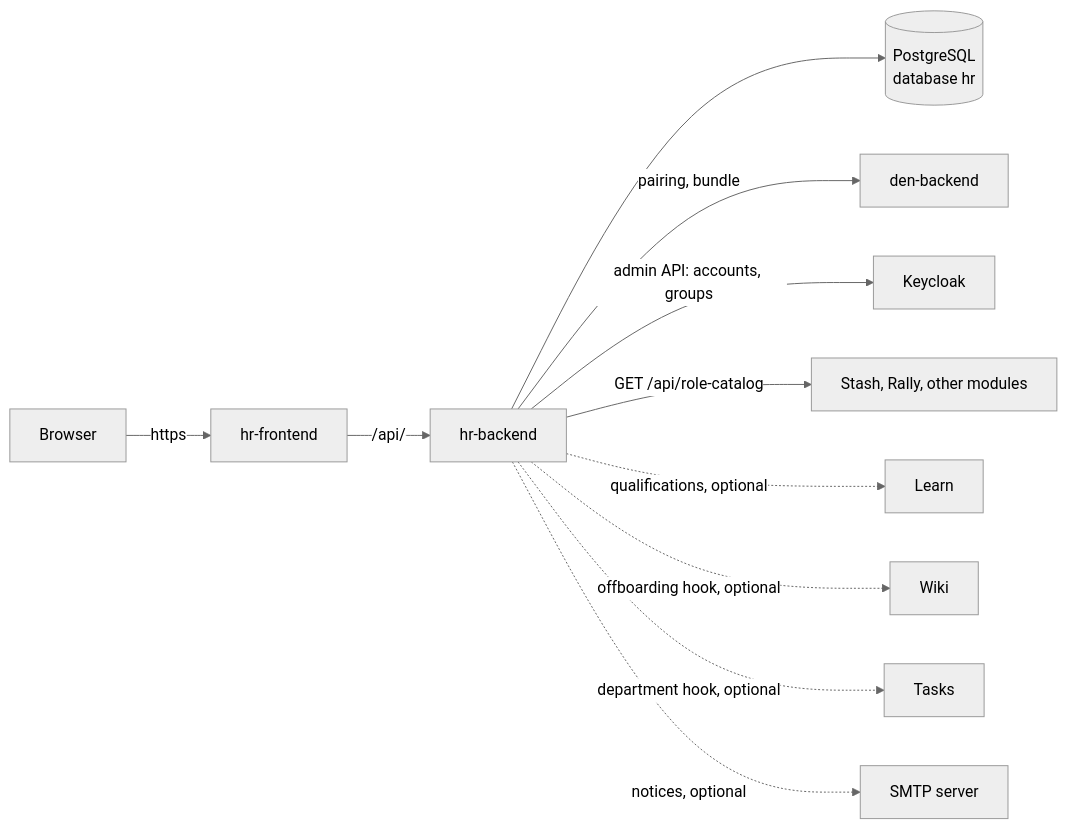
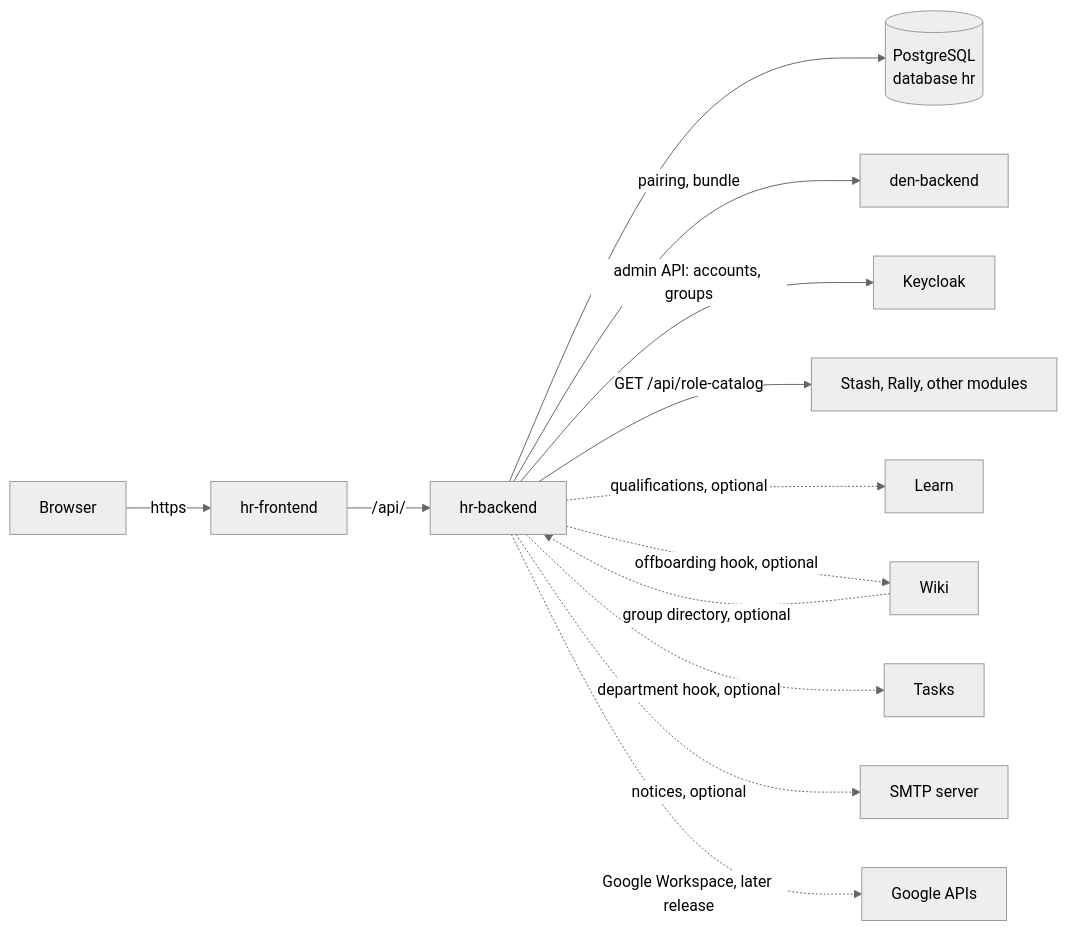
Before and after one commit to AGlElectronics/con-services: the diagram in docs/modules/hr/index.md, drawn with Mermaid (neutral theme). The commit also changed other lines of this file and 6 other files, not shown here.

Commit message:
docs(hr): roles, review, import, retention, personal data and Google Workspace pages; full configuration reference

````diff
--- a/docs/modules/hr/index.md
+++ b/docs/modules/hr/index.md
@@ -40,13 +43,15 @@
 ```mermaid
 flowchart LR
     browser[Browser] -->|https| fe[hr-frontend]
     fe -->|/api/| be[hr-backend]
     be --> pg[(PostgreSQL<br/>database hr)]
     be -->|pairing, bundle| den[den-backend]
     be -->|admin API: accounts, groups| kc[Keycloak]
     be -->|GET /api/role-catalog| mods[Stash, Rally, other modules]
     be -.->|qualifications, optional| learn[Learn]
     be -.->|offboarding hook, optional| wiki[Wiki]
     be -.->|department hook, optional| tasks[Tasks]
+    wiki -.->|group directory, optional| be
     be -.->|notices, optional| smtp[SMTP server]
+    be -.->|Google Workspace, later release| google[Google APIs]
 ```
````
